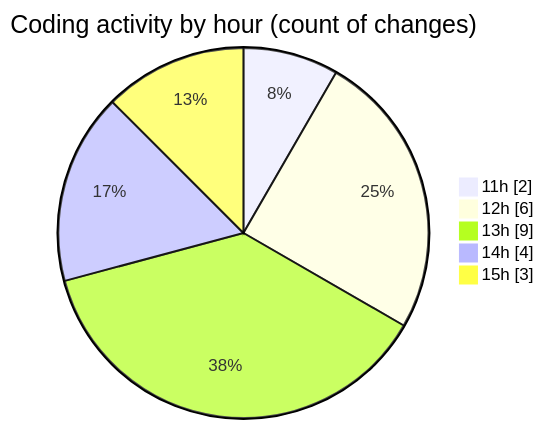
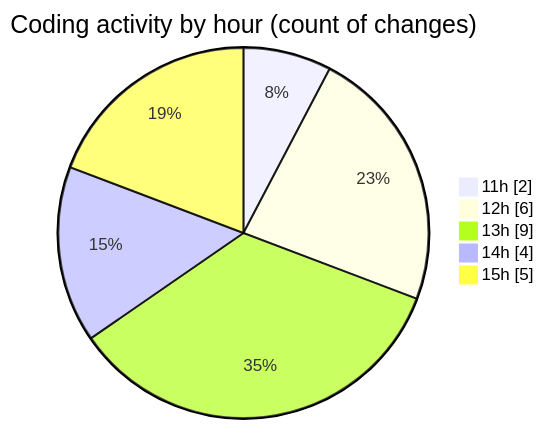
The second of 2 diagrams in 2025-06-30/argos/README.md (nxtqubesakshisongat/code-tracking), drawn with Mermaid before and after one commit. The commit also changed other lines of this file and 1 other file, not shown here.

````diff
--- a/2025-06-30/argos/README.md
+++ b/2025-06-30/argos/README.md
@@ -30,9 +32,9 @@
 ```mermaid
 pie showData
 title Coding activity by hour (count of changes)
 "11h" : 2
 "12h" : 6
 "13h" : 9
 "14h" : 4
-"15h" : 3
+"15h" : 5
 ```
````
